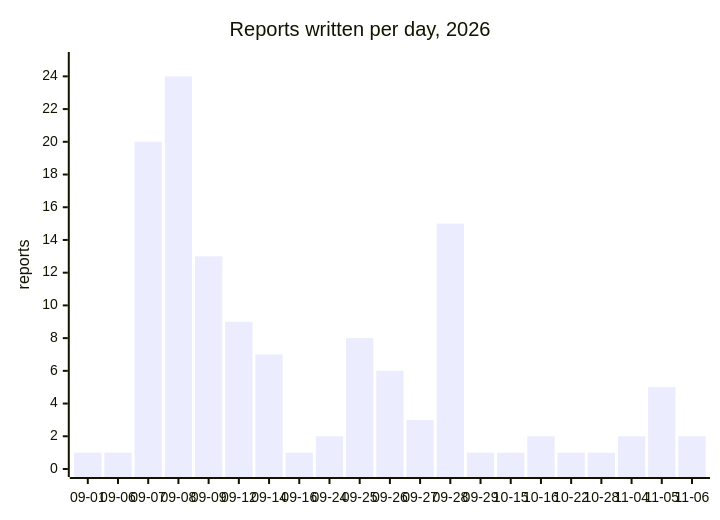
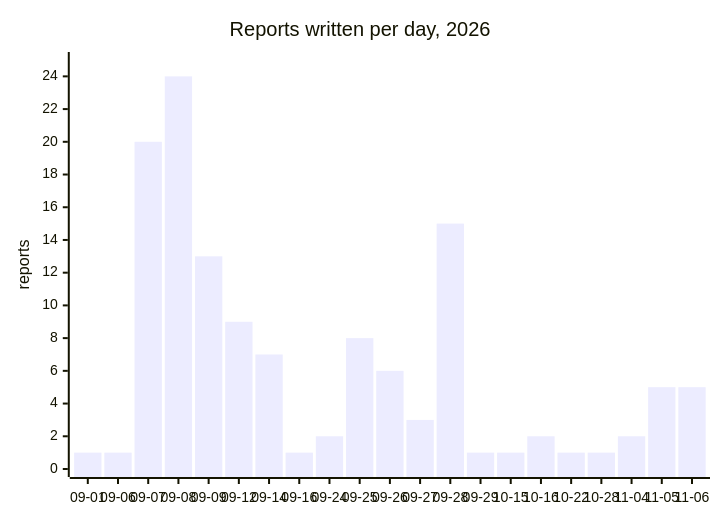
The diagram in docs/reports/README.md (cluster2600/porscheparts), drawn with Mermaid before and after one commit. The commit also changed other lines of this file and 9 other files, not shown here.

````diff
--- a/docs/reports/README.md
+++ b/docs/reports/README.md
@@ -7,7 +7,7 @@
 ```mermaid
 xychart-beta
     title "Reports written per day, 2026"
     x-axis ["09-01", "09-06", "09-07", "09-08", "09-09", "09-12", "09-14", "09-16", "09-24", "09-25", "09-26", "09-27", "09-28", "09-29", "10-15", "10-16", "10-22", "10-28", "11-04", "11-05", "11-06"]
     y-axis "reports" 0 --> 25
-    bar [1, 1, 20, 24, 13, 9, 7, 1, 2, 8, 6, 3, 15, 1, 1, 2, 1, 1, 2, 5, 2]
+    bar [1, 1, 20, 24, 13, 9, 7, 1, 2, 8, 6, 3, 15, 1, 1, 2, 1, 1, 2, 5, 5]
 ```
````
